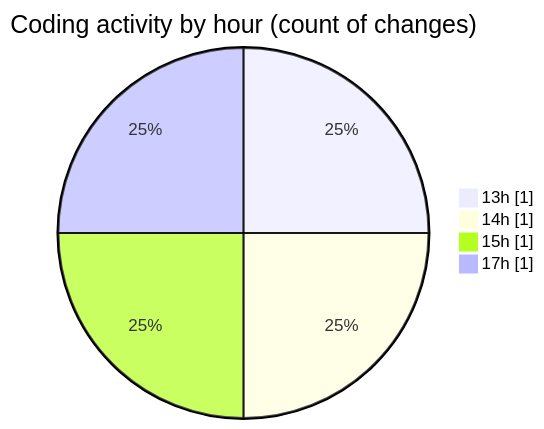
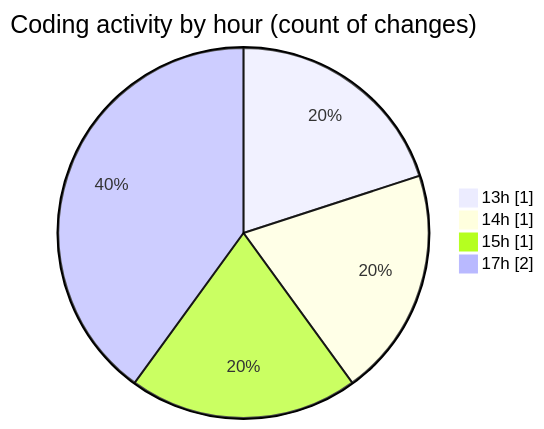
The second of 2 diagrams in 2025-03-14/startfiles/README.md (NitaiMahat/code-tracking), drawn with Mermaid before and after one commit. The commit also changed other lines of this file and 1 other file, not shown here.

````diff
--- a/2025-03-14/startfiles/README.md
+++ b/2025-03-14/startfiles/README.md
@@ -28,8 +28,8 @@
 ```mermaid
 pie showData
 title Coding activity by hour (count of changes)
 "13h" : 1
 "14h" : 1
 "15h" : 1
-"17h" : 1
+"17h" : 2
 ```
````
